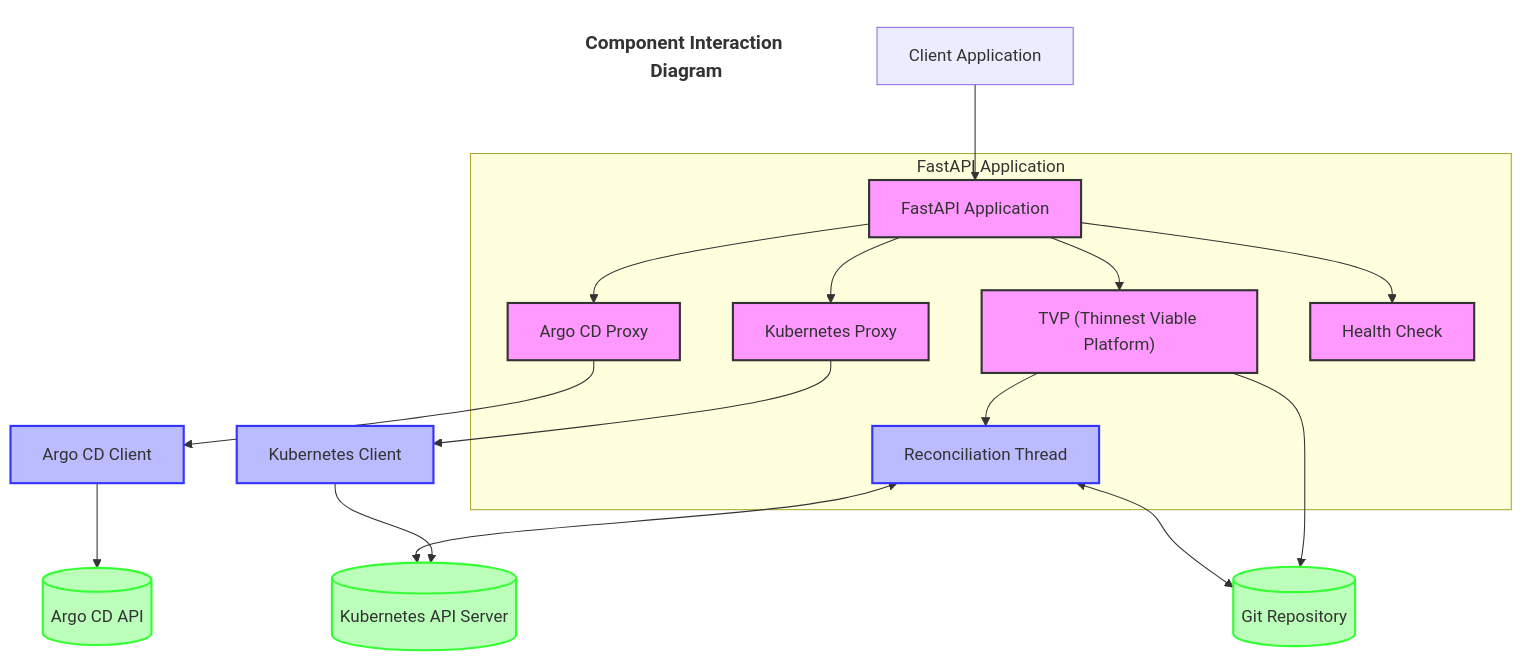
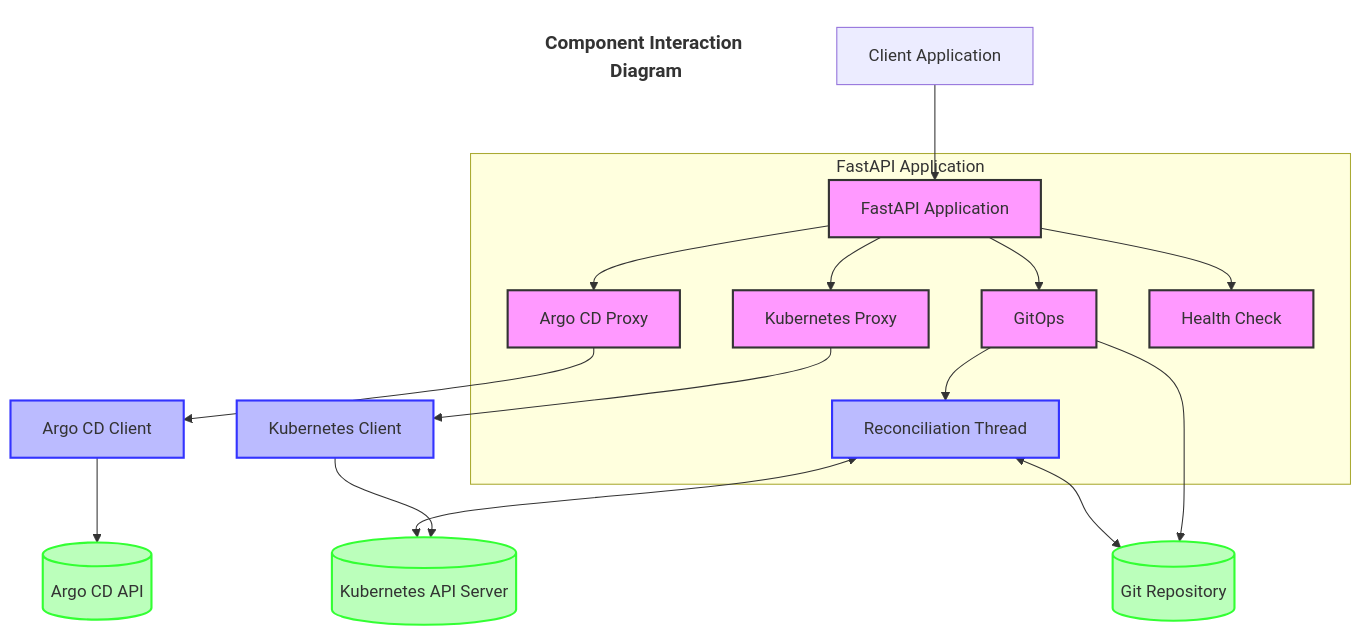
One commit to lloydchang/tvp-k8s changed the fourth of 11 diagrams in README.md. Above: the diagram before and after it, drawn with Mermaid. The commit also changed other lines of this file and 15 other files, not shown here.

````diff
--- a/README.md
+++ b/README.md
@@ -475,31 +475,31 @@
 ```mermaid
 flowchart TB
     title[Component Interaction Diagram]
     style title fill:none,stroke:none,font-size:18px,font-weight:bold
     Client[Client Application] --> API[FastAPI Application]
     
     subgraph "FastAPI Application"
         API --> KR[Kubernetes Proxy]
         API --> AR[Argo CD Proxy]
-        API --> TR["TVP (Thinnest Viable Platform)"]
+        API --> TR["GitOps"]
         API --> Health[Health Check]
         TR --> RT[Reconciliation Thread]
     end
     
     KR --> KC[Kubernetes Client]
     AR --> AT[Argo CD Client]
     TR --> GitRepo[(Git Repository)]
     
     KC --> Kubernetes[(Kubernetes API Server)]
     AT --> ArgoCD[(Argo CD API)]
     RT <--> GitRepo
     RT <--> Kubernetes
     
     classDef component fill:#f9f,stroke:#333,stroke-width:2px
     classDef api fill:#bbf,stroke:#33f,stroke-width:2px
     classDef external fill:#bfb,stroke:#3f3,stroke-width:2px
     
     class API,KR,AR,TR,Health component
     class KC,AT,RT api
     class Kubernetes,ArgoCD,GitRepo external
 ```
````
